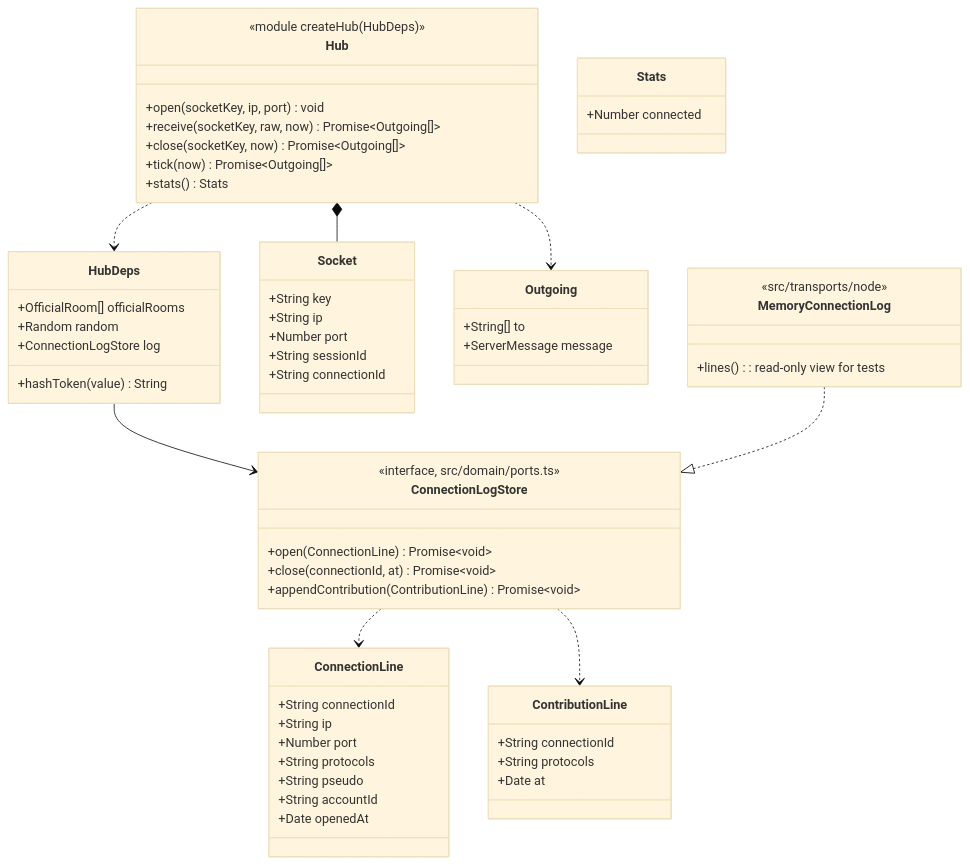
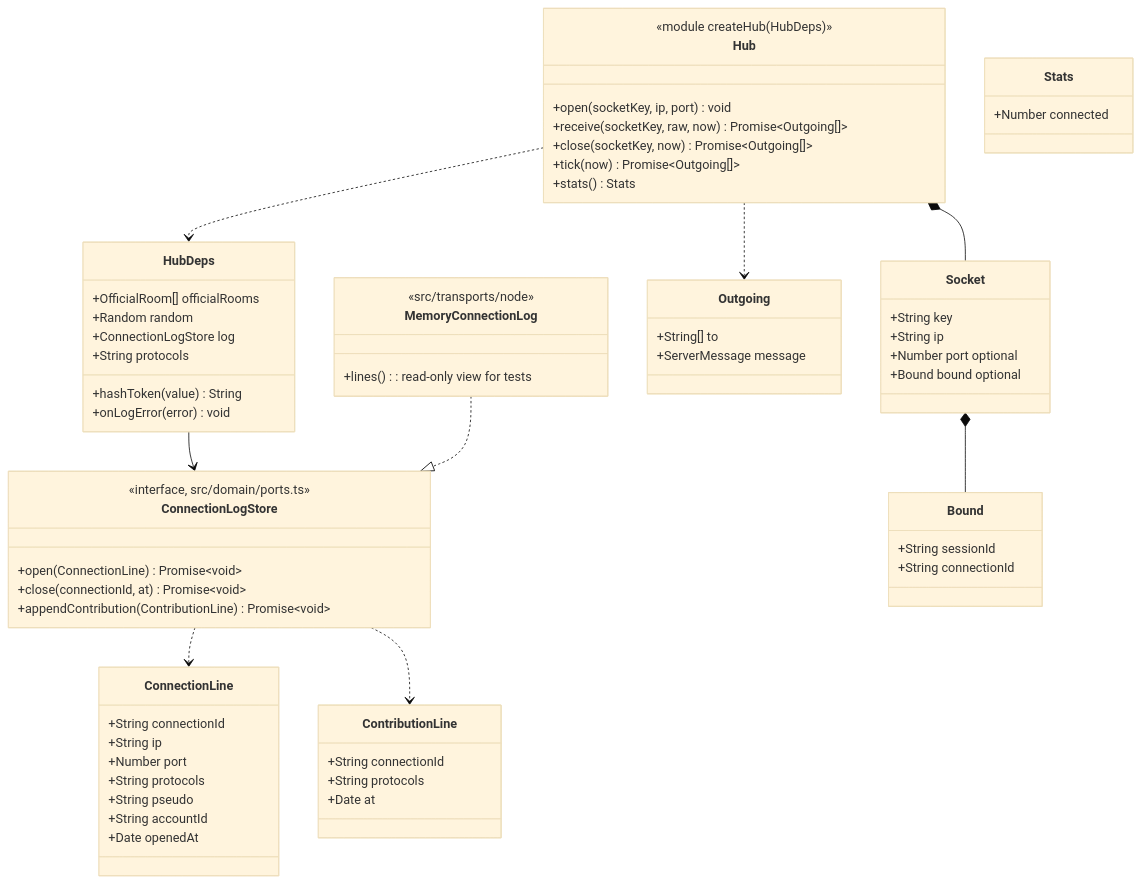
Before and after one commit to benoit-bremaud/asv: the diagram in docs/architecture/diagrams/platform/04c-class-server-hub.md, drawn with Mermaid (base theme). The commit also changed other lines of this file and 21 other files, not shown here.

````diff
--- a/docs/architecture/diagrams/platform/04c-class-server-hub.md
+++ b/docs/architecture/diagrams/platform/04c-class-server-hub.md
@@ -18,62 +18,68 @@
 ```mermaid
 classDiagram
   class Hub {
     <<module createHub(HubDeps)>>
     +open(socketKey, ip, port) void
     +receive(socketKey, raw, now) Promise~Outgoing[]~
     +close(socketKey, now) Promise~Outgoing[]~
     +tick(now) Promise~Outgoing[]~
     +stats() Stats
   }
   class HubDeps {
     +OfficialRoom[] officialRooms
     +Random random
     +hashToken(value) String
     +ConnectionLogStore log
+    +String protocols
+    +onLogError(error) void
   }
   class ConnectionLogStore {
     <<interface, src/domain/ports.ts>>
     +open(ConnectionLine) Promise~void~
     +close(connectionId, at) Promise~void~
     +appendContribution(ContributionLine) Promise~void~
   }
   class ConnectionLine {
     +String connectionId
     +String ip
     +Number port
     +String protocols
     +String pseudo
     +String accountId
     +Date openedAt
   }
   class ContributionLine {
     +String connectionId
     +String protocols
     +Date at
   }
   class Socket {
     +String key
     +String ip
-    +Number port
+    +Number port optional
+    +Bound bound optional
+  }
+  class Bound {
     +String sessionId
     +String connectionId
   }
   class Outgoing {
     +String[] to
     +ServerMessage message
   }
   class Stats {
     +Number connected
   }
   class MemoryConnectionLog {
     <<src/transports/node>>
     +lines(): read-only view for tests
   }
   Hub ..> HubDeps
   Hub *-- Socket
+  Socket *-- Bound
   Hub ..> Outgoing
   HubDeps --> ConnectionLogStore
   ConnectionLogStore ..> ConnectionLine
   ConnectionLogStore ..> ContributionLine
   MemoryConnectionLog ..|> ConnectionLogStore
 ```
````
